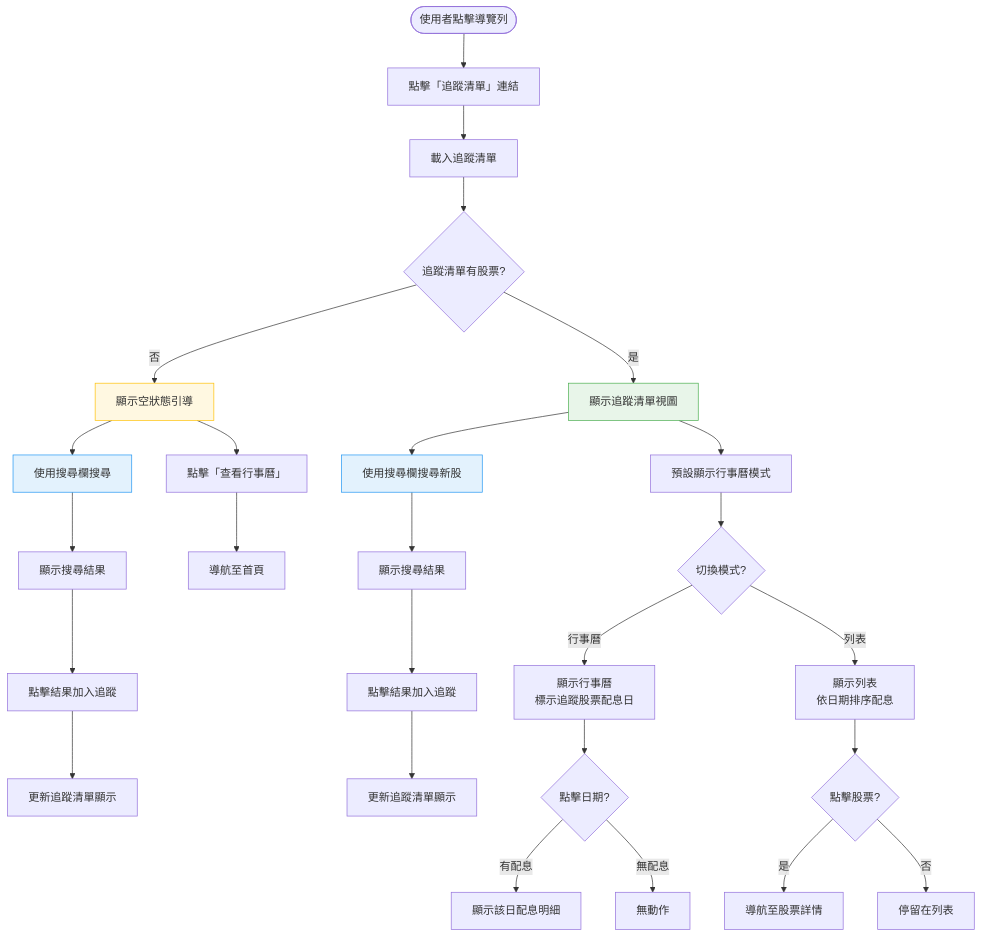
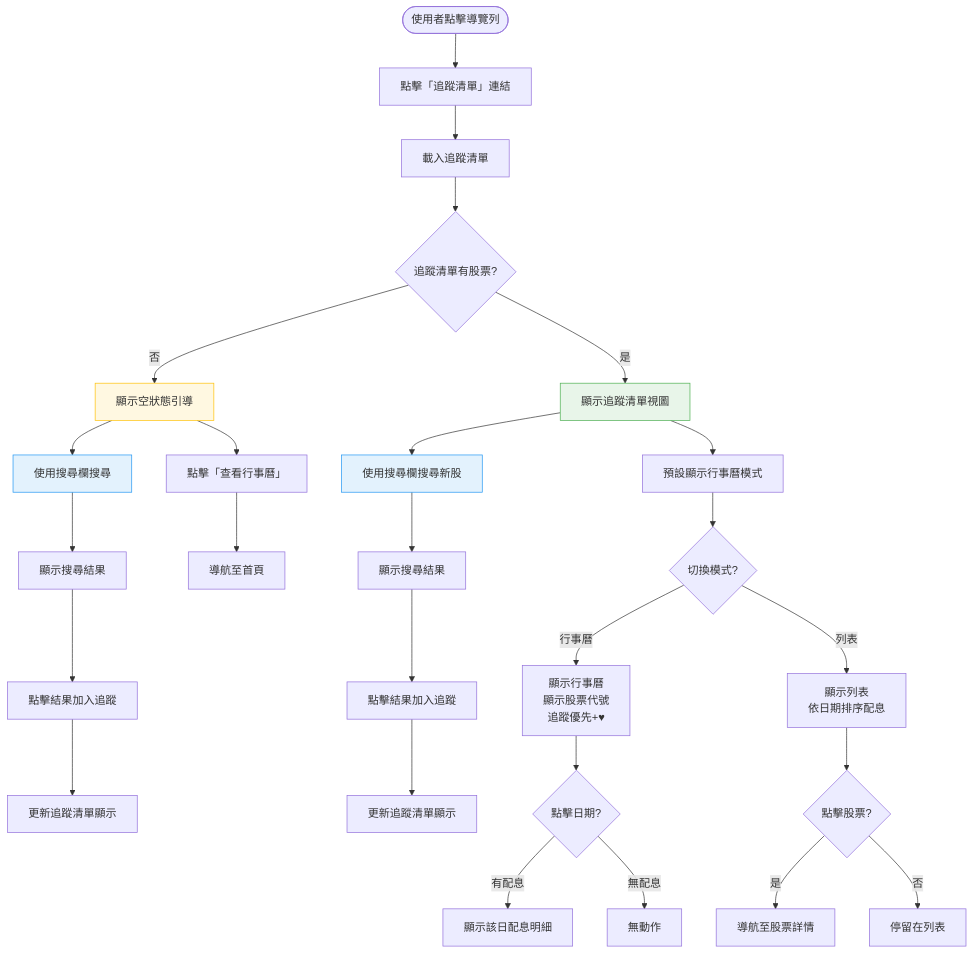
The second of 2 diagrams in docs/interaction-flows/phases/phase-5a-追蹤清單.md (YuHaoLiaoSideProject/StockPayDay), drawn with Mermaid before and after one commit. The commit also changed other lines of this file and 6 other files, not shown here.

````diff
--- a/docs/interaction-flows/phases/phase-5a-追蹤清單.md
+++ b/docs/interaction-flows/phases/phase-5a-追蹤清單.md
@@ -92,44 +92,44 @@
 ```mermaid
 flowchart TD
     Start([使用者點擊導覽列]) --> ClickLink[點擊「追蹤清單」連結]
     ClickLink --> LoadWatchlist[載入追蹤清單]
     
     LoadWatchlist --> HasItems{追蹤清單有股票?}
     
     HasItems -->|否| ShowEmpty[顯示空狀態引導]
     HasItems -->|是| ShowView[顯示追蹤清單視圖]
     
     ShowEmpty --> UseSearchEmpty[使用搜尋欄搜尋]
     ShowEmpty --> Action2[點擊「查看行事曆」]
     
     UseSearchEmpty --> ShowResultsEmpty[顯示搜尋結果]
     ShowResultsEmpty --> ClickResultEmpty[點擊結果加入追蹤]
     ClickResultEmpty --> UpdateEmpty[更新追蹤清單顯示]
     
     Action2 --> GoHome[導航至首頁]
     
     ShowView --> UseSearch[使用搜尋欄搜尋新股]
     ShowView --> DefaultView[預設顯示行事曆模式]
     
     UseSearch --> ShowResults[顯示搜尋結果]
     ShowResults --> ClickResult[點擊結果加入追蹤]
     ClickResult --> UpdateList[更新追蹤清單顯示]
     
     DefaultView --> ToggleView{切換模式?}
     
-    ToggleView -->|行事曆| CalendarView[顯示行事曆<br/>標示追蹤股票配息日]
+    ToggleView -->|行事曆| CalendarView[顯示行事曆<br/>顯示股票代號<br/>追蹤優先+♥]
     ToggleView -->|列表| ListView[顯示列表<br/>依日期排序配息]
     
     CalendarView --> SelectDate{點擊日期?}
     SelectDate -->|有配息| ShowDetail[顯示該日配息明細]
     SelectDate -->|無配息| NoAction[無動作]
     
     ListView --> SelectItem{點擊股票?}
     SelectItem -->|是| GoStock[導航至股票詳情]
     SelectItem -->|否| Stay[停留在列表]
     
     style ShowEmpty fill:#fff8e1,stroke:#ffc107
     style ShowView fill:#e8f5e9,stroke:#4caf50
     style UseSearch fill:#e3f2fd,stroke:#2196f3
     style UseSearchEmpty fill:#e3f2fd,stroke:#2196f3
 ```
````
